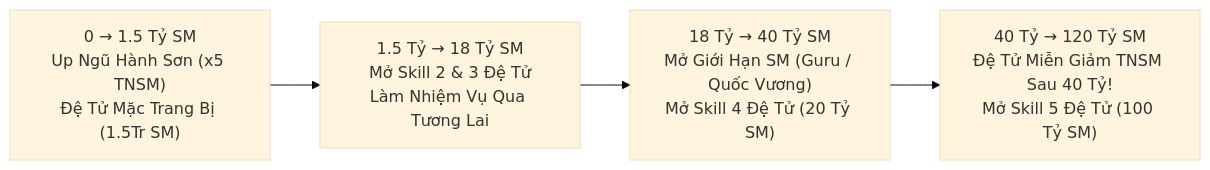
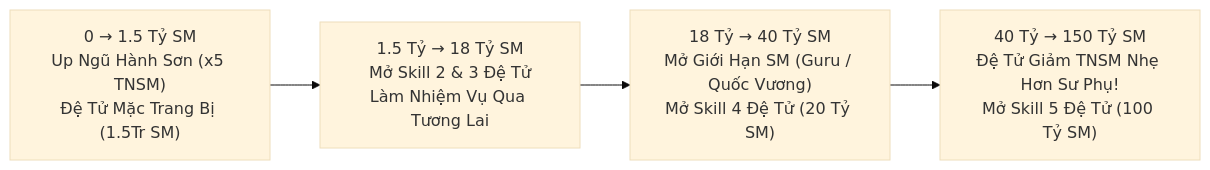
Before and after one commit to VIAM-Ngoc-rong/NRO: the third of 3 diagrams in SRC/README.md, drawn with Mermaid (base theme). The commit also changed other lines of this file and 26 other files, not shown here.

````diff
--- a/SRC/README.md
+++ b/SRC/README.md
@@ -443,6 +471,6 @@
 ```mermaid
 flowchart LR
     M1["0 → 1.5 Tỷ SM\nUp Ngũ Hành Sơn (x5 TNSM)\nĐệ Tử Mặc Trang Bị (1.5Tr SM)"] --> M2["1.5 Tỷ → 18 Tỷ SM\nMở Skill 2 & 3 Đệ Tử\nLàm Nhiệm Vụ Qua Tương Lai"]
     M2 --> M3["18 Tỷ → 40 Tỷ SM\nMở Giới Hạn SM (Guru / Quốc Vương)\nMở Skill 4 Đệ Tử (20 Tỷ SM)"]
-    M3 --> M4["40 Tỷ → 120 Tỷ SM\nĐệ Tử Miễn Giảm TNSM Sau 40 Tỷ!\nMở Skill 5 Đệ Tử (100 Tỷ SM)"]
+    M3 --> M4["40 Tỷ → 150 Tỷ SM\nĐệ Tử Giảm TNSM Nhẹ Hơn Sư Phụ!\nMở Skill 5 Đệ Tử (100 Tỷ SM)"]
 ```
````
